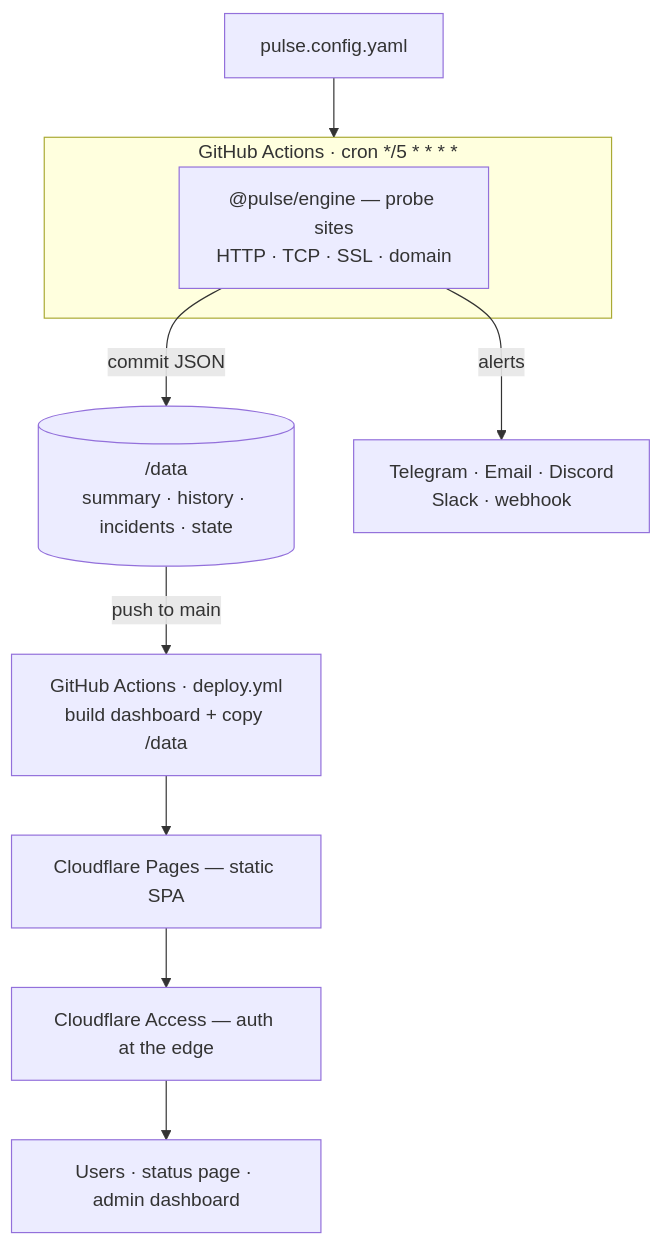
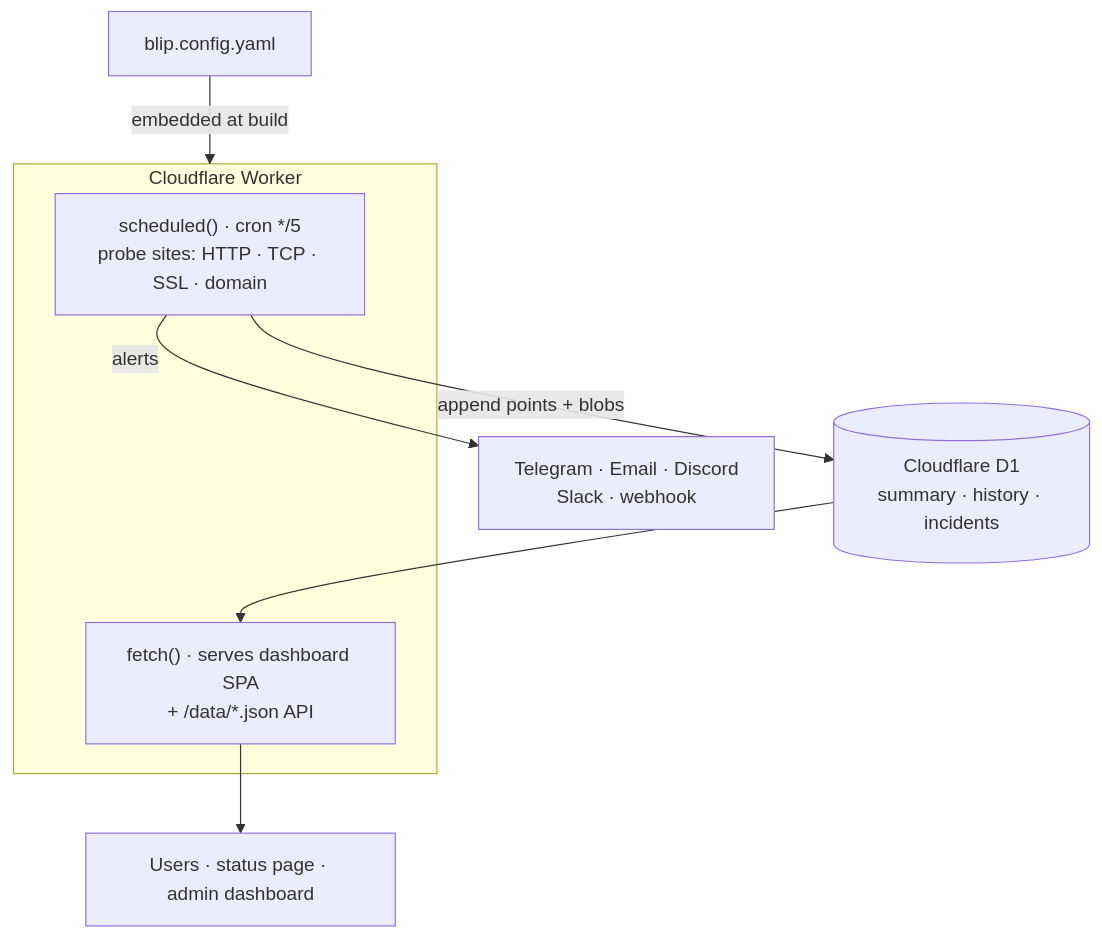
The diagram in README.md (warlock277/blip), drawn with Mermaid before and after one commit. The commit also changed other lines of this file and 9 other files, not shown here.

````diff
--- a/README.md
+++ b/README.md
@@ -57,16 +57,14 @@
 ```mermaid
 flowchart TD
-    CFG[pulse.config.yaml] --> GA
+    CFG[blip.config.yaml] -->|embedded at build| WORKER
 
-    subgraph GA["GitHub Actions · cron */5 * * * *"]
-        ENGINE["@pulse/engine — probe sites<br/>HTTP · TCP · SSL · domain"]
+    subgraph WORKER["Cloudflare Worker"]
+        CRON["scheduled() · cron */5<br/>probe sites: HTTP · TCP · SSL · domain"]
+        FETCH["fetch() · serves dashboard SPA<br/>+ /data/*.json API"]
     end
 
-    ENGINE -->|commit JSON| DATA[("/data<br/>summary · history · incidents · state")]
-    ENGINE -->|alerts| NOTIFY["Telegram · Email · Discord<br/>Slack · webhook"]
-
-    DATA -->|push to main| DEPLOY["GitHub Actions · deploy.yml<br/>build dashboard + copy /data"]
-    DEPLOY --> PAGES["Cloudflare Pages — static SPA"]
-    PAGES --> ACCESS["Cloudflare Access — auth at the edge"]
-    ACCESS --> USERS["Users · status page · admin dashboard"]
+    CRON -->|append points + blobs| D1[("Cloudflare D1<br/>summary · history · incidents")]
+    CRON -->|alerts| NOTIFY["Telegram · Email · Discord<br/>Slack · webhook"]
+    D1 --> FETCH
+    FETCH --> USERS["Users · status page · admin dashboard"]
 ```
````
